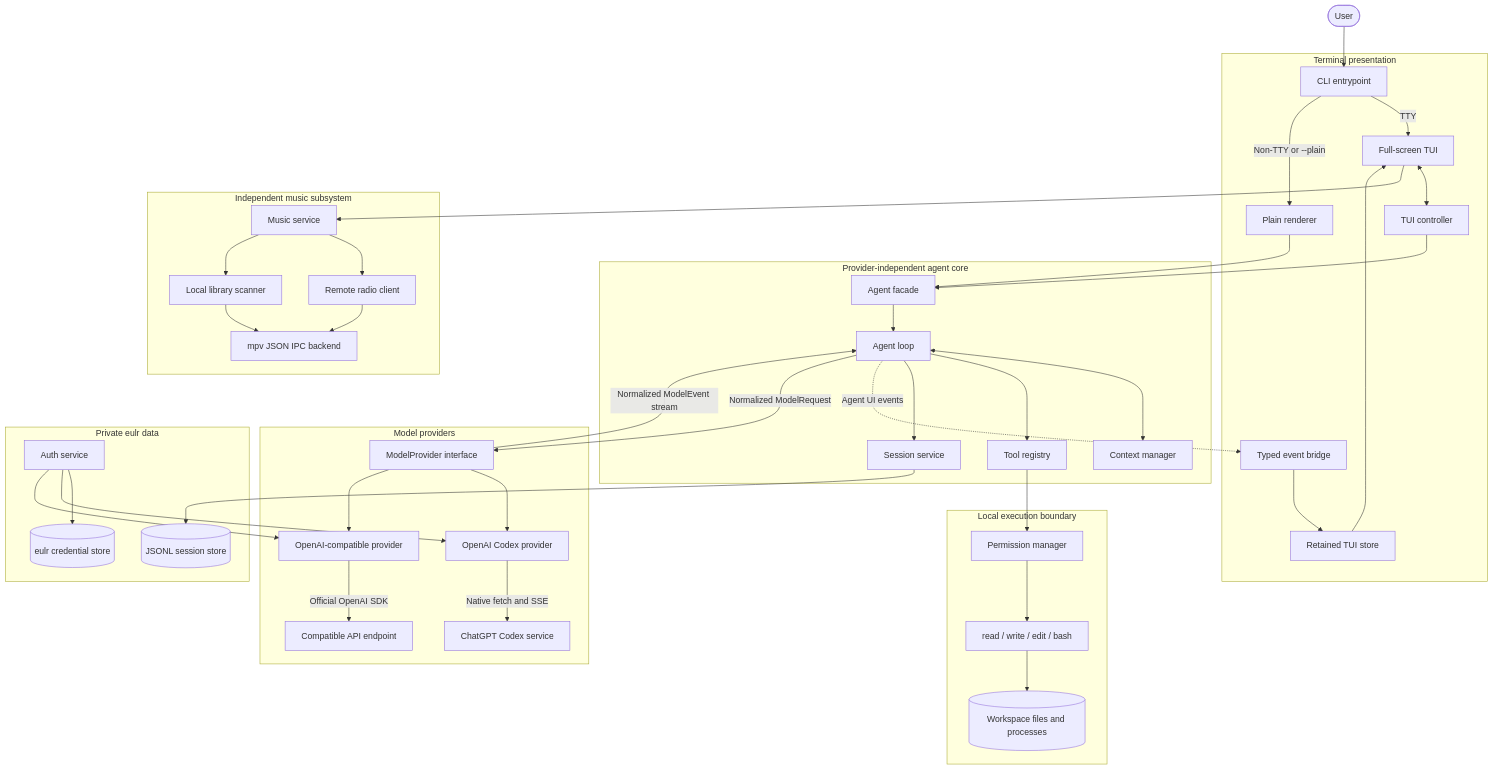
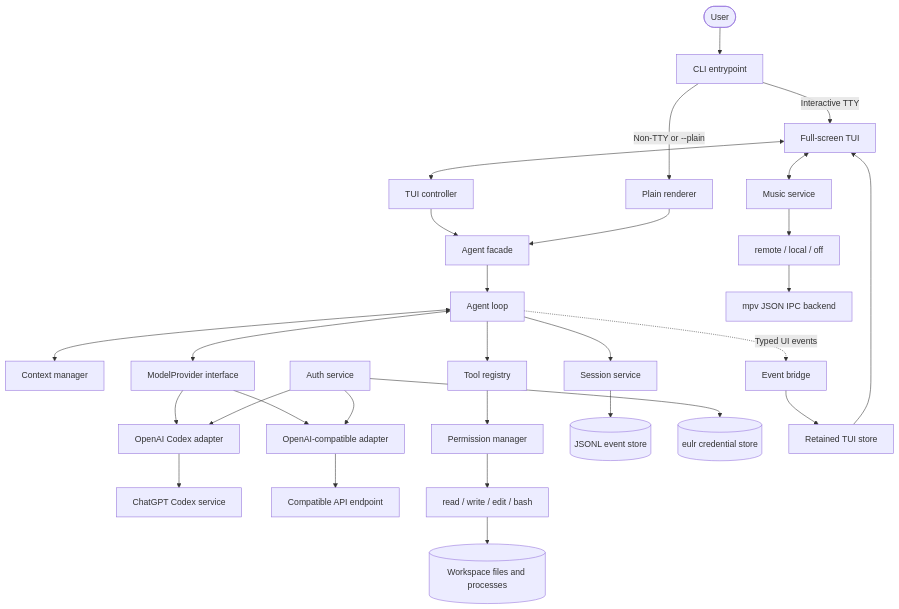
One commit to lainx86/eulr changed the first of 2 diagrams in README.md. Above: the diagram before and after it, drawn with Mermaid. The commit also changed other lines of this file, not shown here.

Commit message:
nambahin architecture diagram di readme

````diff
--- a/README.md
+++ b/README.md
@@ -394,52 +394,38 @@
 ```mermaid
 flowchart TB
     User([User]) --> CLI[CLI entrypoint]
 
-    subgraph Presentation[Terminal presentation]
-        CLI -->|TTY| TUI[Full-screen TUI]
-        CLI -->|Non-TTY or --plain| Plain[Plain renderer]
-        TUI <--> Controller[TUI controller]
-        Bridge[Typed event bridge] --> Store[Retained TUI store]
-        Store --> TUI
-    end
+    CLI -->|Interactive TTY| TUI[Full-screen TUI]
+    CLI -->|Non-TTY or --plain| Plain[Plain renderer]
+    TUI <--> Controller[TUI controller]
+    Controller --> Agent[Agent facade]
+    Plain --> Agent
 
-    subgraph Core[Provider-independent agent core]
-        Controller --> Agent[Agent facade]
-        Plain --> Agent
-        Agent --> Loop[Agent loop]
-        Loop <--> Context[Context manager]
-        Loop --> Registry[Tool registry]
-        Loop --> Sessions[Session service]
-        Loop -. Agent UI events .-> Bridge
-    end
+    Agent --> CoreLoop[Agent loop]
+    CoreLoop <--> Context[Context manager]
+    CoreLoop <--> Provider[ModelProvider interface]
+    CoreLoop --> Registry[Tool registry]
+    CoreLoop --> Sessions[Session service]
 
-    subgraph Providers[Model providers]
-        Loop -->|Normalized ModelRequest| ProviderAPI[ModelProvider interface]
-        ProviderAPI -->|Normalized ModelEvent stream| Loop
-        ProviderAPI --> Codex[OpenAI Codex provider]
-        ProviderAPI --> Compatible[OpenAI-compatible provider]
-        Codex -->|Native fetch and SSE| CodexService[ChatGPT Codex service]
-        Compatible -->|Official OpenAI SDK| CompatibleAPI[Compatible API endpoint]
-    end
+    Provider --> Codex[OpenAI Codex adapter]
+    Provider --> Compatible[OpenAI-compatible adapter]
+    Codex --> CodexService[ChatGPT Codex service]
+    Compatible --> CompatibleAPI[Compatible API endpoint]
 
-    subgraph LocalExecution[Local execution boundary]
-        Registry --> Permissions[Permission manager]
-        Permissions --> Tools[read / write / edit / bash]
-        Tools --> Workspace[(Workspace files and processes)]
-    end
+    Registry --> Permissions[Permission manager]
+    Permissions --> Tools[read / write / edit / bash]
+    Tools --> Workspace[(Workspace files and processes)]
 
-    subgraph Persistence[Private eulr data]
-        Sessions --> EventStore[(JSONL session store)]
-        Auth[Auth service] --> Credentials[(eulr credential store)]
-        Auth --> Codex
-        Auth --> Compatible
-    end
+    Sessions --> EventStore[(JSONL event store)]
+    Auth[Auth service] --> Credentials[(eulr credential store)]
+    Auth --> Codex
+    Auth --> Compatible
 
-    subgraph Music[Independent music subsystem]
-        TUI --> MusicService[Music service]
-        MusicService --> Remote[Remote radio client]
-        MusicService --> Local[Local library scanner]
-        Remote --> MPV[mpv JSON IPC backend]
-        Local --> MPV
-    end
+    CoreLoop -. Typed UI events .-> Bridge[Event bridge]
+    Bridge --> Store[Retained TUI store]
+    Store --> TUI
+
+    TUI <--> Music[Music service]
+    Music --> Sources[remote / local / off]
+    Sources --> MPV[mpv JSON IPC backend]
 ```
````
